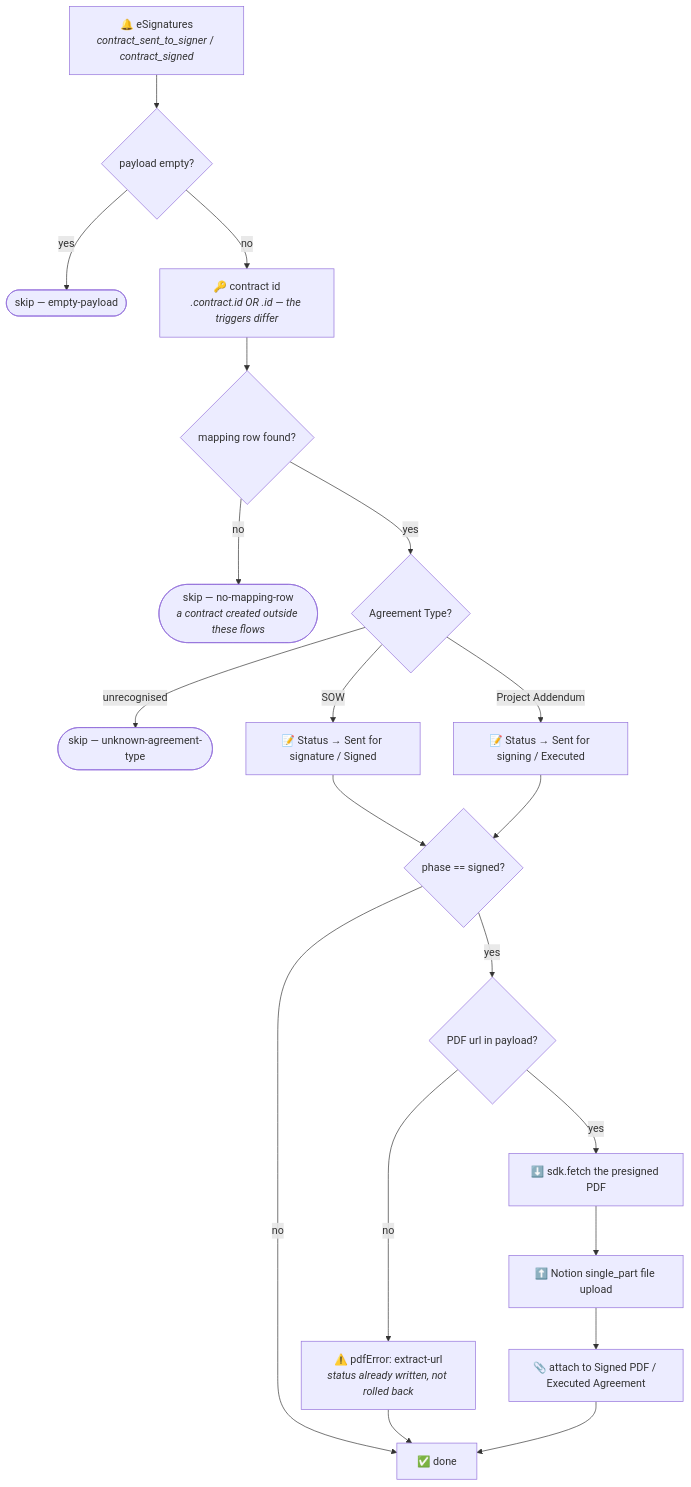
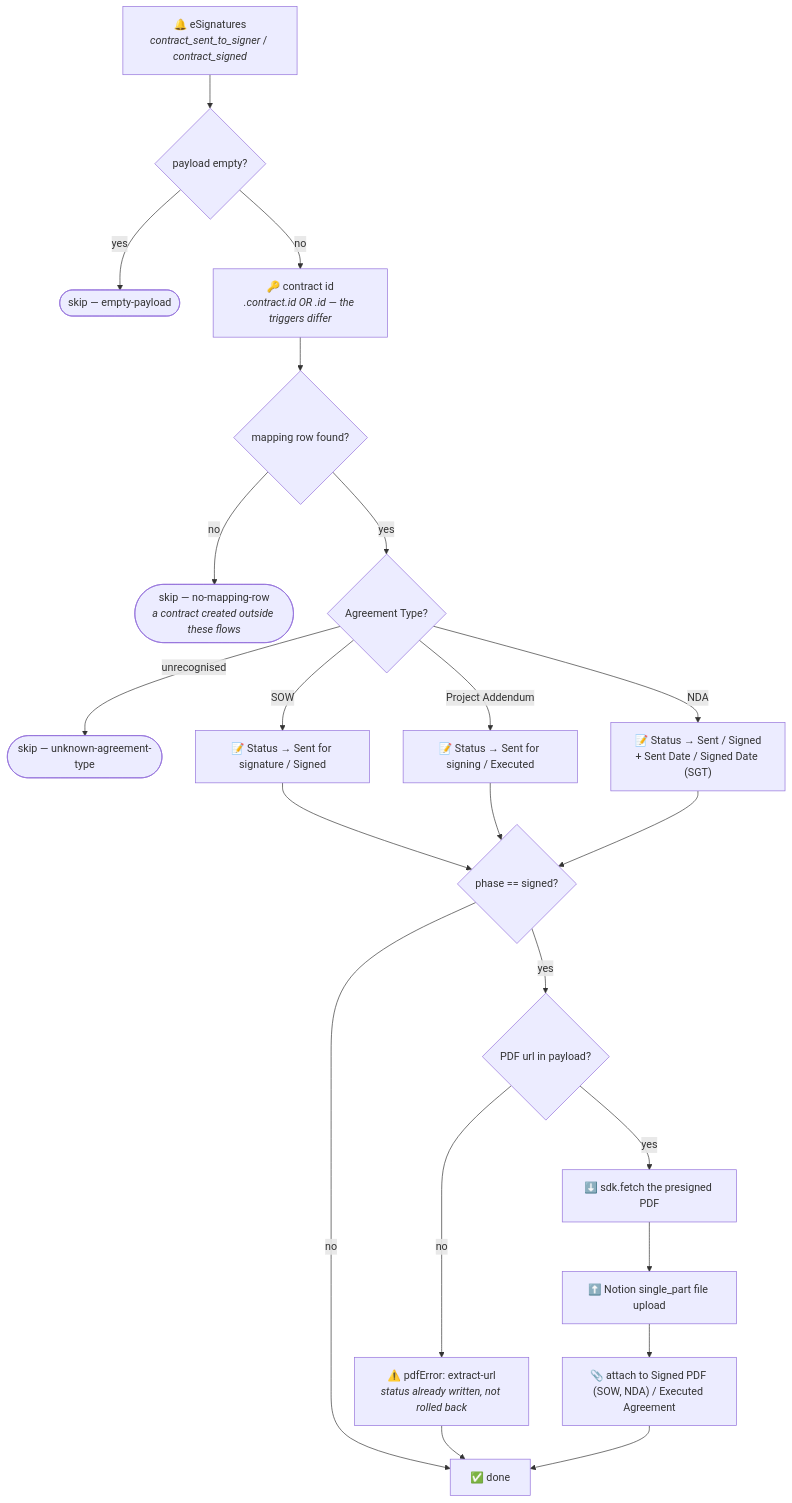
One commit to work-flowers/zapier-sdk changed the diagram in esignatures-status-to-notion/README.md. Above: the diagram before and after it, drawn with Mermaid. The commit also changed other lines of this file and 10 other files, not shown here.

````diff
--- a/esignatures-status-to-notion/README.md
+++ b/esignatures-status-to-notion/README.md
@@ -24,21 +31,23 @@
 ```mermaid
 flowchart TD
   T["🔔 eSignatures<br/><i>contract_sent_to_signer</i> / <i>contract_signed</i>"] --> P{"payload empty?"}
   P -- yes --> SKIP(["skip — empty-payload"])
   P -- no --> ID["🔑 contract id<br/><i>.contract.id OR .id — the triggers differ</i>"]
   ID --> TBL{"mapping row found?"}
   TBL -- no --> SKIP2(["skip — no-mapping-row<br/><i>a contract created outside these flows</i>"])
   TBL -- yes --> TY{"Agreement Type?"}
   TY -- "unrecognised" --> SKIP3(["skip — unknown-agreement-type"])
   TY -- "SOW" --> S1["📝 Status → Sent for signature / Signed"]
   TY -- "Project Addendum" --> S2["📝 Status → Sent for signing / Executed"]
+  TY -- "NDA" --> S3["📝 Status → Sent / Signed<br/>+ Sent Date / Signed Date (SGT)"]
   S1 --> PH{"phase == signed?"}
   S2 --> PH
+  S3 --> PH
   PH -- no --> DONE["✅ done"]
   PH -- yes --> URL{"PDF url in payload?"}
   URL -- no --> NF["⚠️ pdfError: extract-url<br/><i>status already written, not rolled back</i>"] --> DONE
   URL -- yes --> DL["⬇️ sdk.fetch the presigned PDF"]
   DL --> UP["⬆️ Notion single_part file upload"]
-  UP --> AT["📎 attach to Signed PDF / Executed Agreement"]
+  UP --> AT["📎 attach to Signed PDF (SOW, NDA) / Executed Agreement"]
   AT --> DONE
 ```
````
